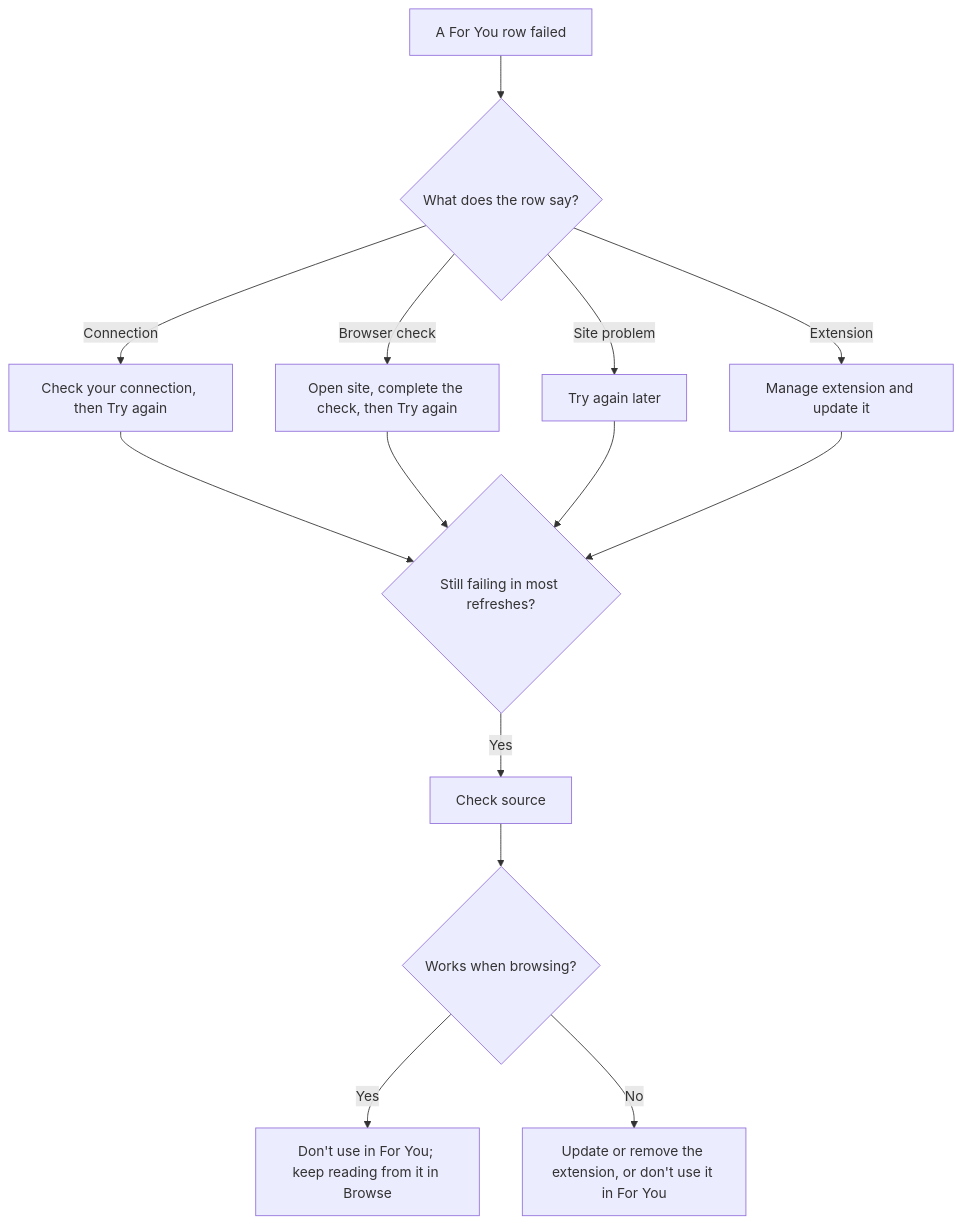
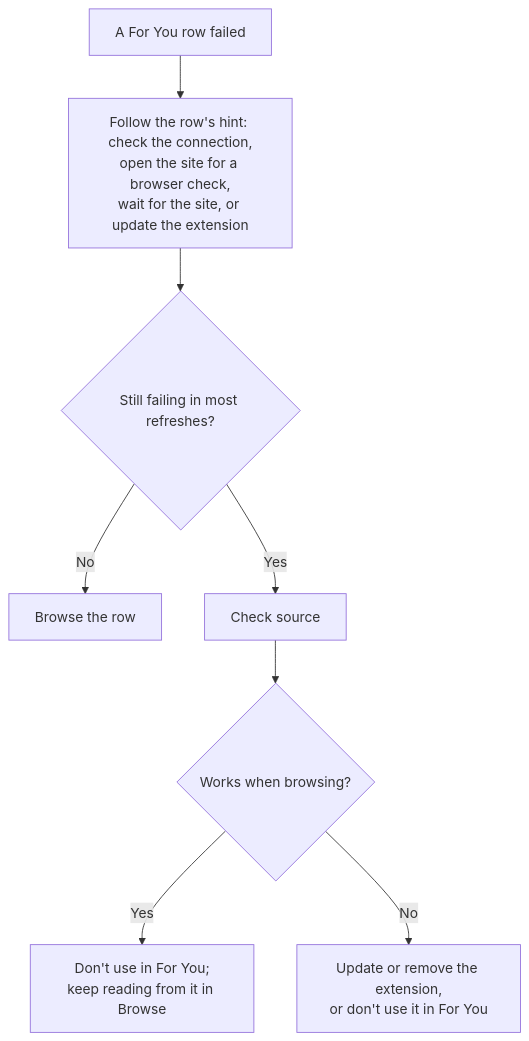
One commit to FancyCorey/komikku-fc changed the third of 5 diagrams in docs/kmk/feature-guides/troubleshooting.md. Above: the diagram before and after it, drawn with Mermaid. The commit also changed other lines of this file and 93 other files, not shown here.

````diff
--- a/docs/kmk/feature-guides/troubleshooting.md
+++ b/docs/kmk/feature-guides/troubleshooting.md
@@ -52,16 +58,10 @@
 ```mermaid
 flowchart TD
-    Row["A For You row failed"] --> Cause{"What does the row say?"}
-    Cause -->|Connection| Connection["Check your connection, then Try again"]
-    Cause -->|Browser check| Site["Open site, complete the check, then Try again"]
-    Cause -->|Site problem| Later["Try again later"]
-    Cause -->|Extension| Update["Manage extension and update it"]
-    Connection --> Again{"Still failing in most refreshes?"}
-    Site --> Again
-    Later --> Again
-    Update --> Again
+    Row["A For You row failed"] --> Cause["Follow the row's hint: check the connection,<br/>open the site for a browser check,<br/>wait for the site, or update the extension"]
+    Cause --> Again{"Still failing in most refreshes?"}
+    Again -->|No| Done["Browse the row"]
     Again -->|Yes| Check["Check source"]
     Check --> Works{"Works when browsing?"}
-    Works -->|Yes| Stop["Don't use in For You; keep reading from it in Browse"]
-    Works -->|No| Remove["Update or remove the extension, or don't use it in For You"]
+    Works -->|Yes| Stop["Don't use in For You;<br/>keep reading from it in Browse"]
+    Works -->|No| Remove["Update or remove the extension,<br/>or don't use it in For You"]
 ```
````
